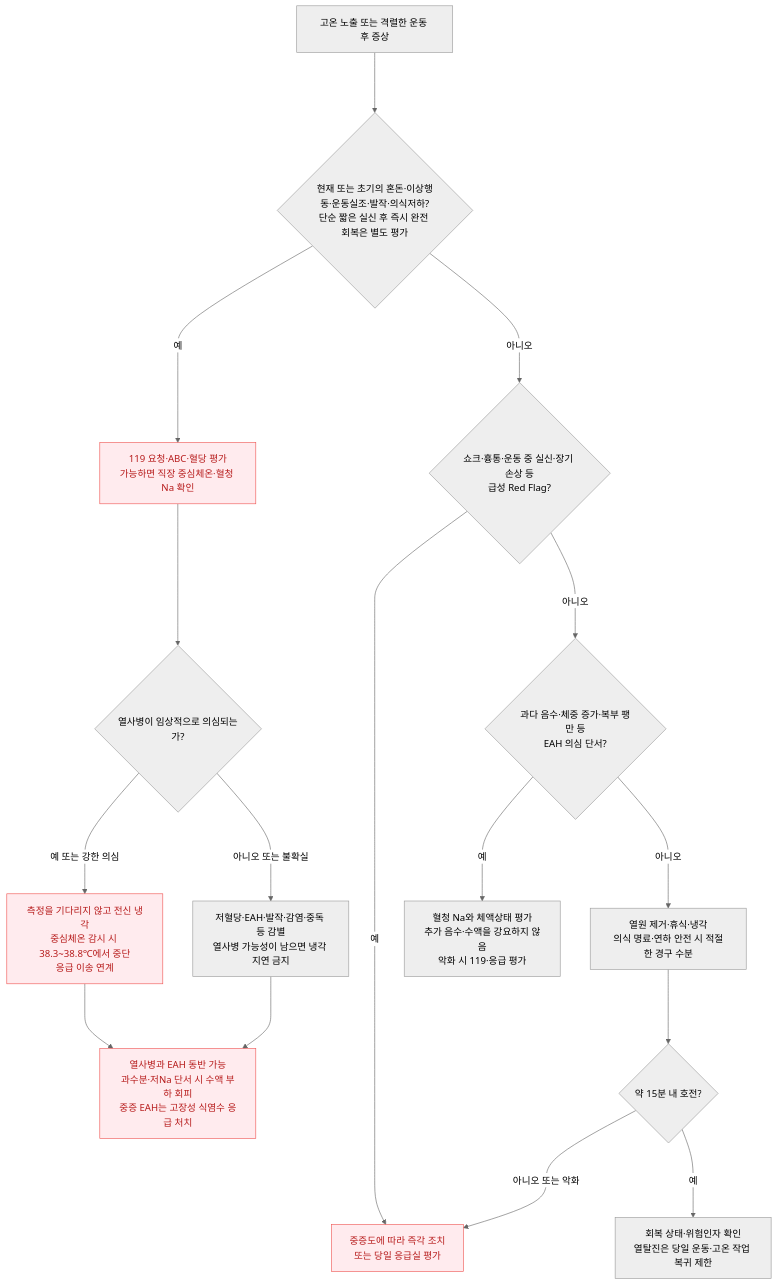
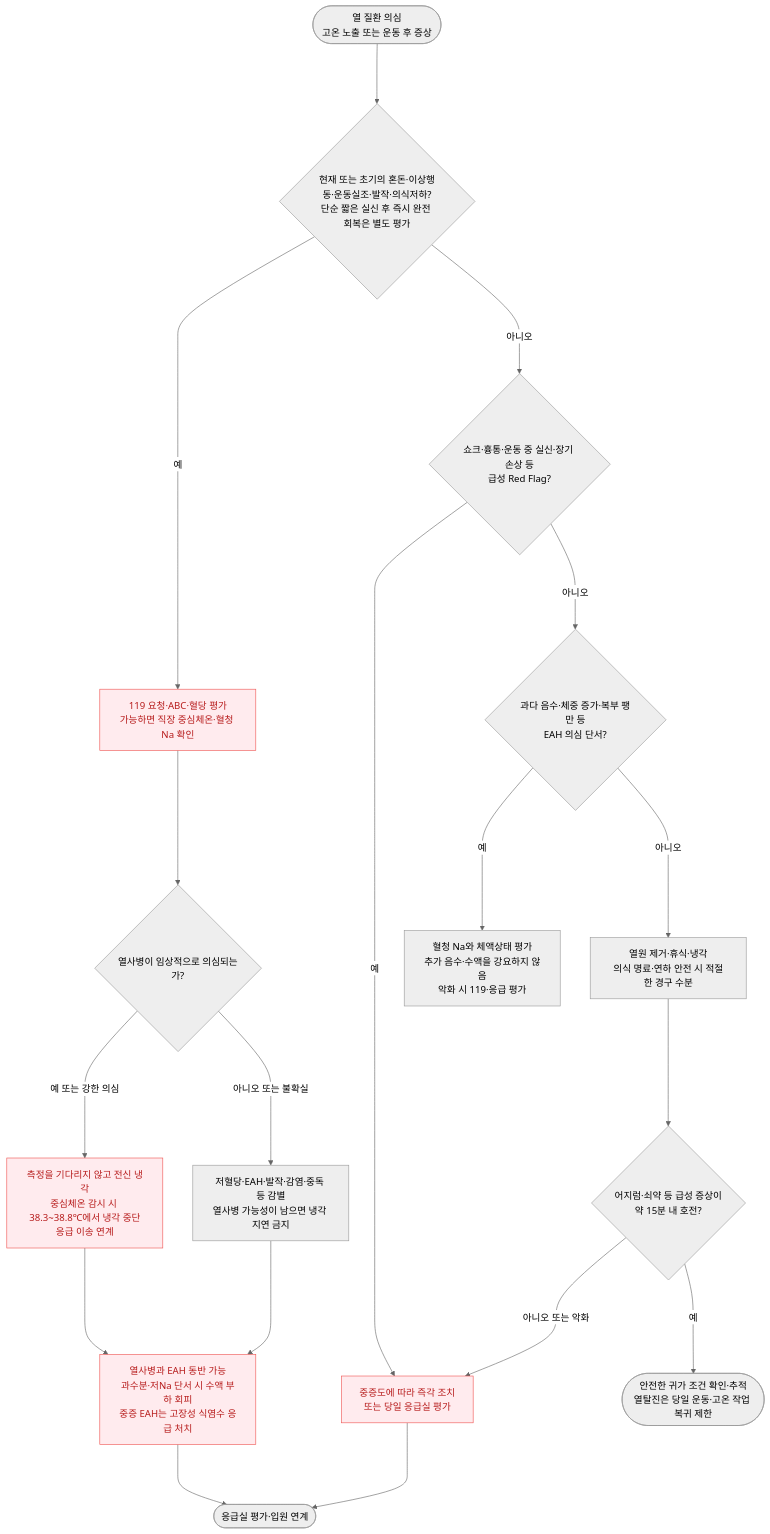
The diagram in 230_/205_-heat-illness.md (familyoh77/familyoh77), drawn with Mermaid (neutral theme) before and after one commit. The commit also changed other lines of this file and 5 other files, not shown here.

````diff
--- a/230_/205_-heat-illness.md
+++ b/230_/205_-heat-illness.md
@@ -116,20 +117,22 @@
 ```mermaid
 flowchart TD
-    A["고온 노출 또는 격렬한 운동 후 증상"] ---> B{"현재 또는 초기의 혼돈·이상행동·운동실조·발작·의식저하?<br>단순 짧은 실신 후 즉시 완전 회복은 별도 평가"}
+    A(["열 질환 의심<br>고온 노출 또는 운동 후 증상"]) ---> B{"현재 또는 초기의 혼돈·이상행동·운동실조·발작·의식저하?<br>단순 짧은 실신 후 즉시 완전 회복은 별도 평가"}
     B --->|예| C["119 요청·ABC·혈당 평가<br>가능하면 직장 중심체온·혈청 Na 확인"]
     C ---> D{"열사병이 임상적으로 의심되는가?"}
-    D --->|예 또는 강한 의심| E["측정을 기다리지 않고 전신 냉각<br>중심체온 감시 시 38.3~38.8℃에서 중단<br>응급 이송 연계"]
+    D --->|예 또는 강한 의심| E["측정을 기다리지 않고 전신 냉각<br>중심체온 감시 시 38.3~38.8℃에서 냉각 중단<br>응급 이송 연계"]
     D --->|아니오 또는 불확실| F["저혈당·EAH·발작·감염·중독 등 감별<br>열사병 가능성이 남으면 냉각 지연 금지"]
     E ---> X["열사병과 EAH 동반 가능<br>과수분·저Na 단서 시 수액 부하 회피<br>중증 EAH는 고장성 식염수 응급 처치"]
     F ---> X
     B --->|아니오| G{"쇼크·흉통·운동 중 실신·장기 손상 등<br>급성 Red Flag?"}
     G --->|예| H["중증도에 따라 즉각 조치<br>또는 당일 응급실 평가"]
     G --->|아니오| Y{"과다 음수·체중 증가·복부 팽만 등<br>EAH 의심 단서?"}
     Y --->|예| Z["혈청 Na와 체액상태 평가<br>추가 음수·수액을 강요하지 않음<br>악화 시 119·응급 평가"]
     Y --->|아니오| I["열원 제거·휴식·냉각<br>의식 명료·연하 안전 시 적절한 경구 수분"]
-    I ---> J{"약 15분 내 호전?"}
+    I ---> J{"어지럼·쇠약 등 급성 증상이<br>약 15분 내 호전?"}
     J --->|아니오 또는 악화| H
-    J --->|예| K["회복 상태·위험인자 확인<br>열탈진은 당일 운동·고온 작업 복귀 제한"]
+    J --->|예| K(["안전한 귀가 조건 확인·추적<br>열탈진은 당일 운동·고온 작업 복귀 제한"])
+    X ---> L(["응급실 평가·입원 연계"])
+    H ---> L
     classDef emergency fill:#ffebee,stroke:#ef5350,color:#b71c1c;
     class C,E,H,X emergency;
 ```
````
